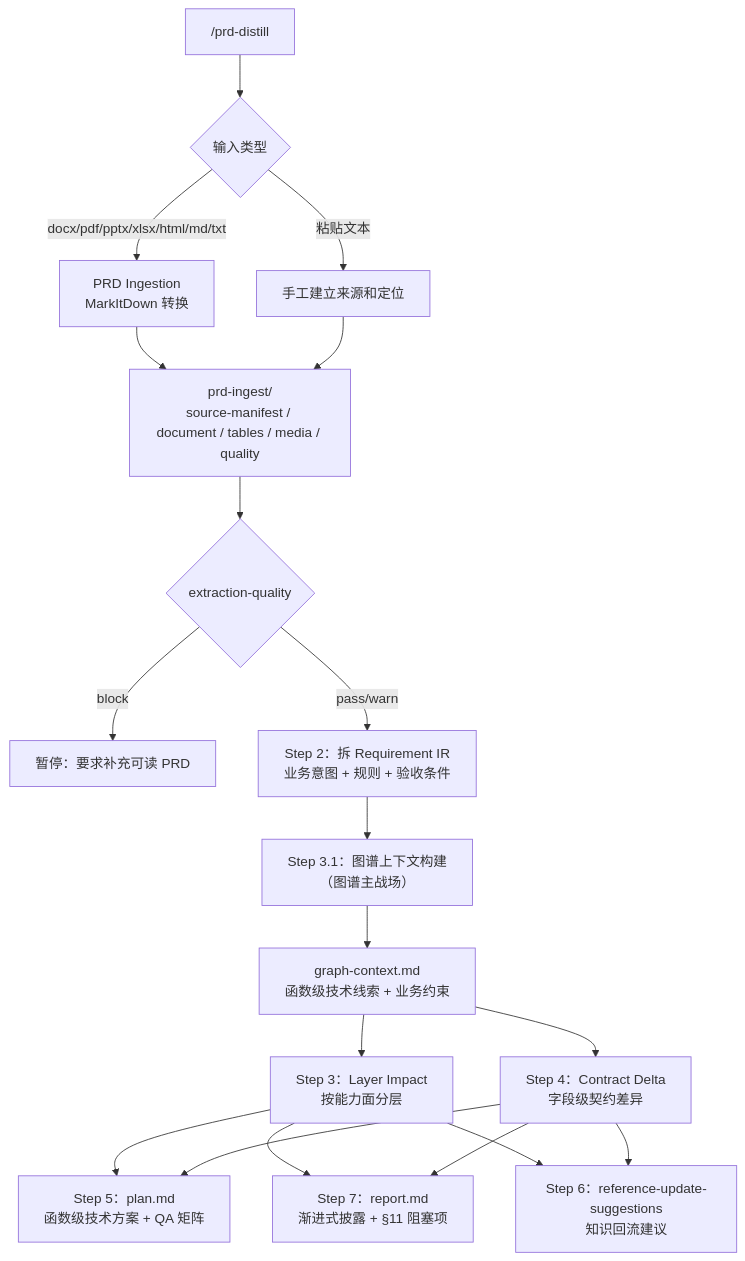
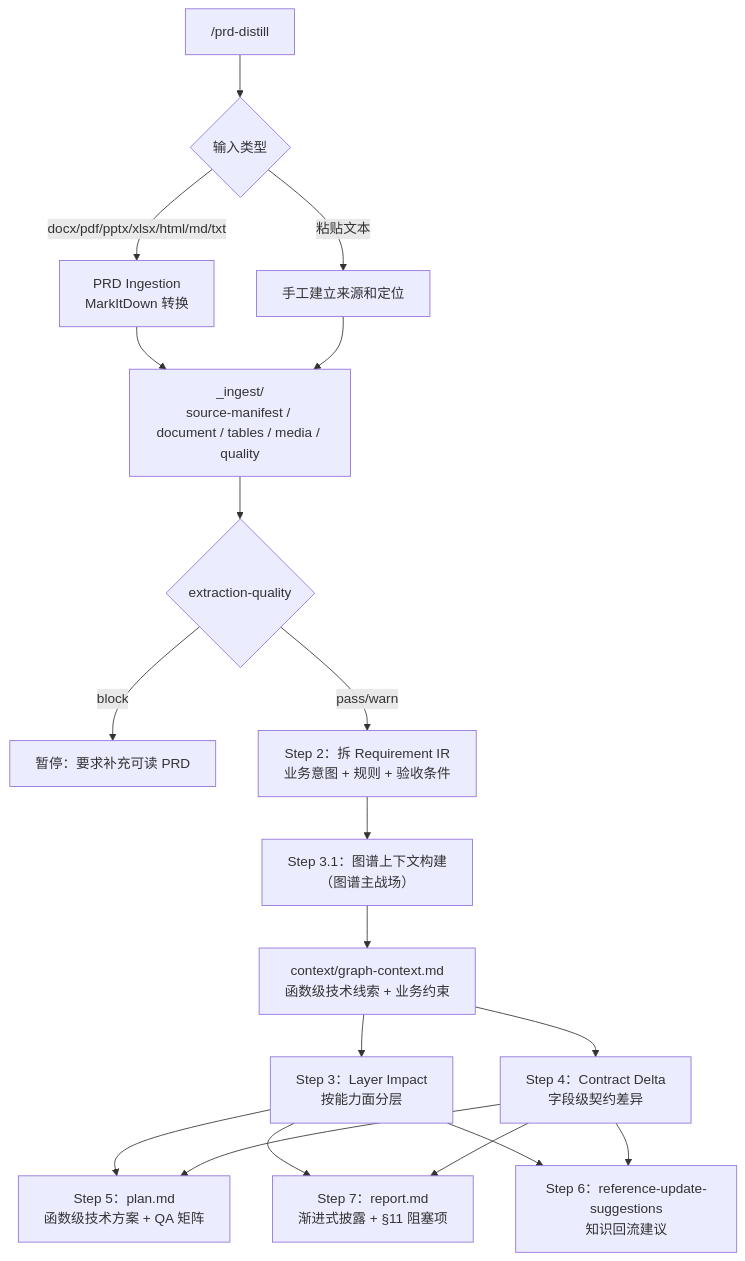
Before and after one commit to zachary-lz-glm/prd-tools: the first of 2 diagrams in plugins/prd-distill/README.md, drawn with Mermaid. The commit also changed other lines of this file and 25 other files, not shown here.

````diff
--- a/plugins/prd-distill/README.md
+++ b/plugins/prd-distill/README.md
@@ -24,21 +24,21 @@
 ```mermaid
 flowchart TD
   A["/prd-distill <PRD 文件或需求文本>"] --> B{"输入类型"}
   B -- "docx/pdf/pptx/xlsx/html/md/txt" --> C["PRD Ingestion\nMarkItDown 转换"]
   B -- "粘贴文本" --> D["手工建立来源和定位"]
-  C --> E["prd-ingest/\nsource-manifest / document / tables / media / quality"]
+  C --> E["_ingest/\nsource-manifest / document / tables / media / quality"]
   D --> E
   E --> F{"extraction-quality"}
   F -- "block" --> G["暂停：要求补充可读 PRD"]
   F -- "pass/warn" --> H["Step 2：拆 Requirement IR\n业务意图 + 规则 + 验收条件"]
   H --> I["Step 3.1：图谱上下文构建\n（图谱主战场）"]
-  I --> J["graph-context.md\n函数级技术线索 + 业务约束"]
+  I --> J["context/graph-context.md\n函数级技术线索 + 业务约束"]
   J --> K["Step 3：Layer Impact\n按能力面分层"]
   J --> L["Step 4：Contract Delta\n字段级契约差异"]
   K --> M["Step 5：plan.md\n函数级技术方案 + QA 矩阵"]
   L --> M
   K --> N["Step 7：report.md\n渐进式披露 + §11 阻塞项"]
   L --> N
   K --> O["Step 6：reference-update-suggestions\n知识回流建议"]
   L --> O
 ```
````
